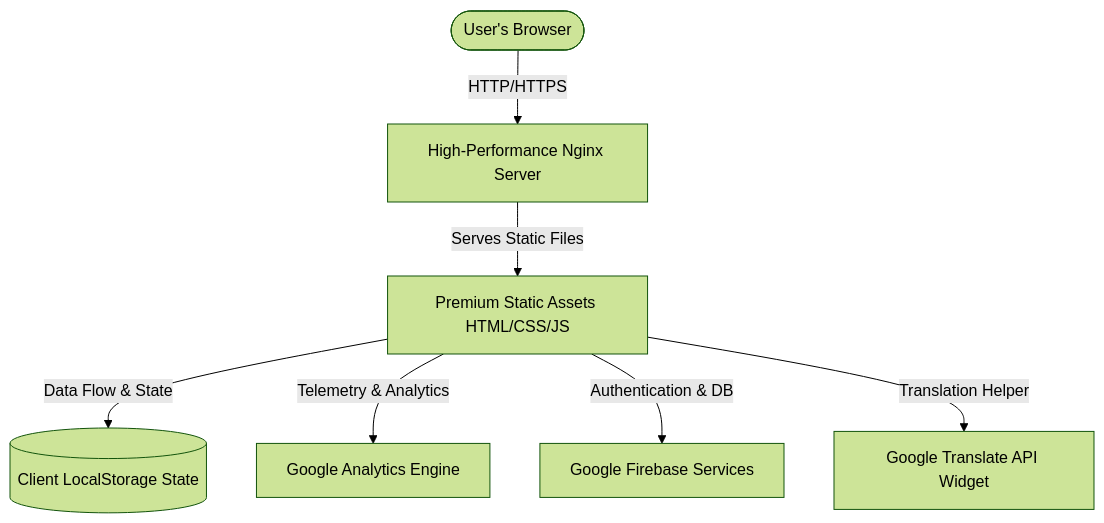
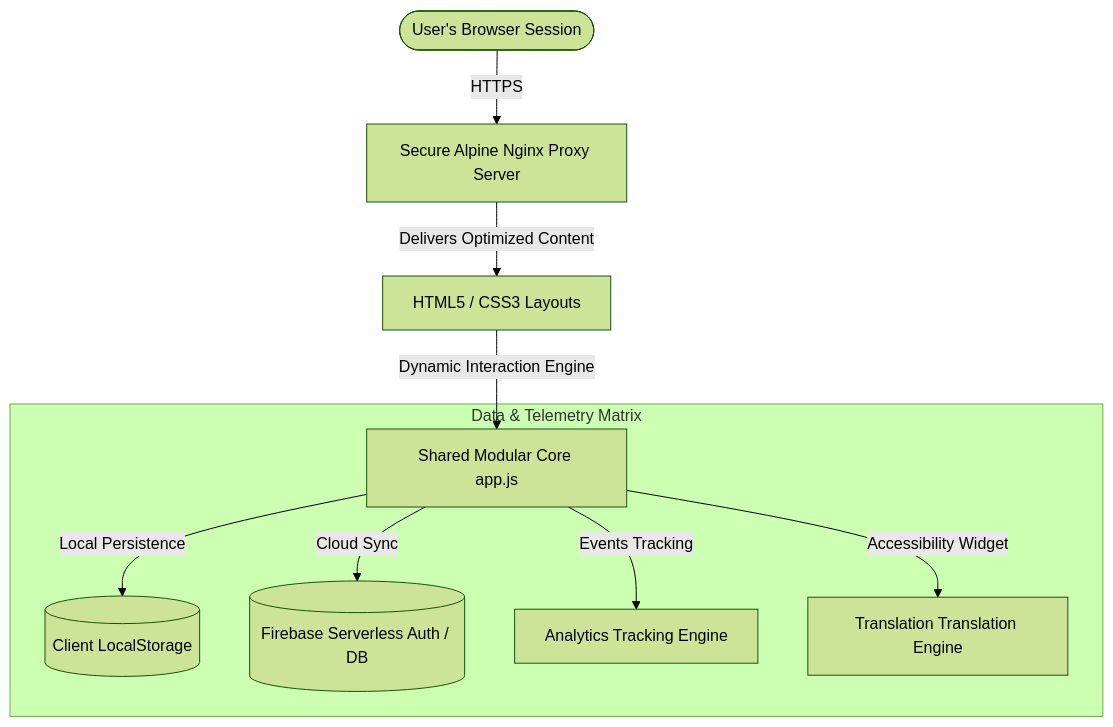
Before and after one commit to vaishnavi-ctrl-jpg/ELECTION-MENTOR-AI: the diagram in README.md, drawn with Mermaid (forest theme). The commit also changed other lines of this file, not shown here.

Commit message:
Elevate README to elite: added centered tables, bento style visual matrix, security headers breakdown, and elite flowchart

````diff
--- a/README.md
+++ b/README.md
@@ -29,9 +54,13 @@
 ```mermaid
 graph TD
-    User([User's Browser]) -->|HTTP/HTTPS| Nginx[High-Performance Nginx Server]
-    Nginx -->|Serves Static Files| HTML[Premium Static Assets HTML/CSS/JS]
-    HTML -->|Data Flow & State| LocalStorage[(Client LocalStorage State)]
-    HTML -->|Telemetry & Analytics| GoogleAnalytics[Google Analytics Engine]
-    HTML -->|Authentication & DB| Firebase[Google Firebase Services]
-    HTML -->|Translation Helper| GoogleTranslate[Google Translate API Widget]
+    User([User's Browser Session]) -->|HTTPS| Nginx[Secure Alpine Nginx Proxy Server]
+    Nginx -->|Delivers Optimized Content| HTML[HTML5 / CSS3 Layouts]
+    HTML -->|Dynamic Interaction Engine| SharedJS[Shared Modular Core app.js]
+    
+    subgraph Data & Telemetry Matrix
+        SharedJS -->|Local Persistence| Storage[(Client LocalStorage)]
+        SharedJS -->|Cloud Sync| Firebase[(Firebase Serverless Auth / DB)]
+        SharedJS -->|Events Tracking| GAnalytics[Analytics Tracking Engine]
+        SharedJS -->|Accessibility Widget| GTranslate[Translation Translation Engine]
+    end
 ```
````
